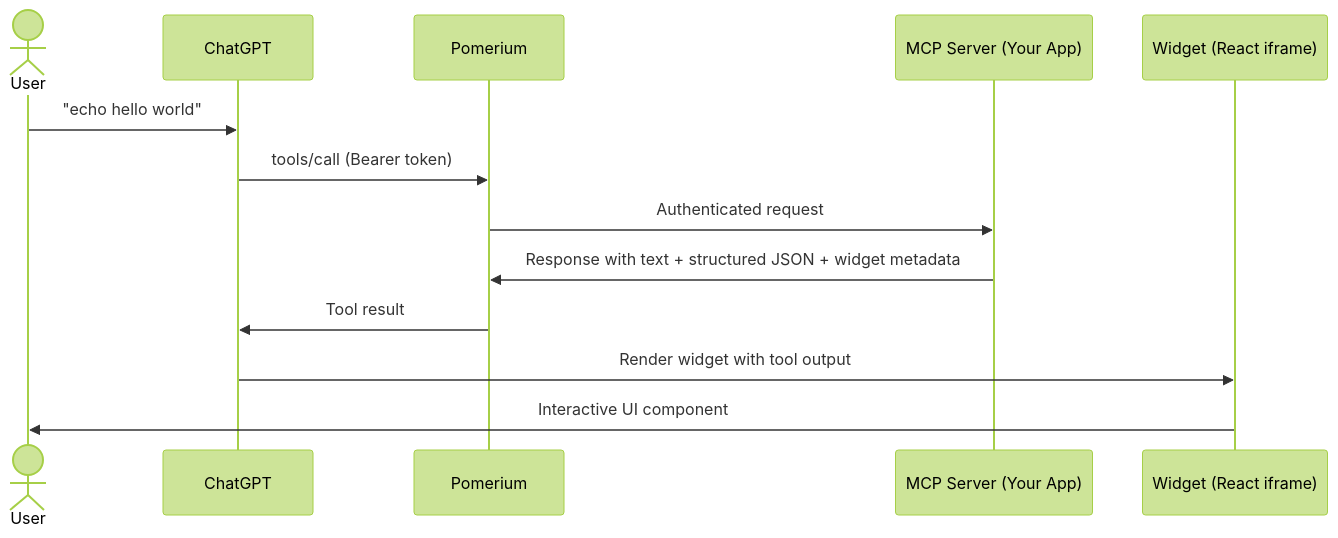
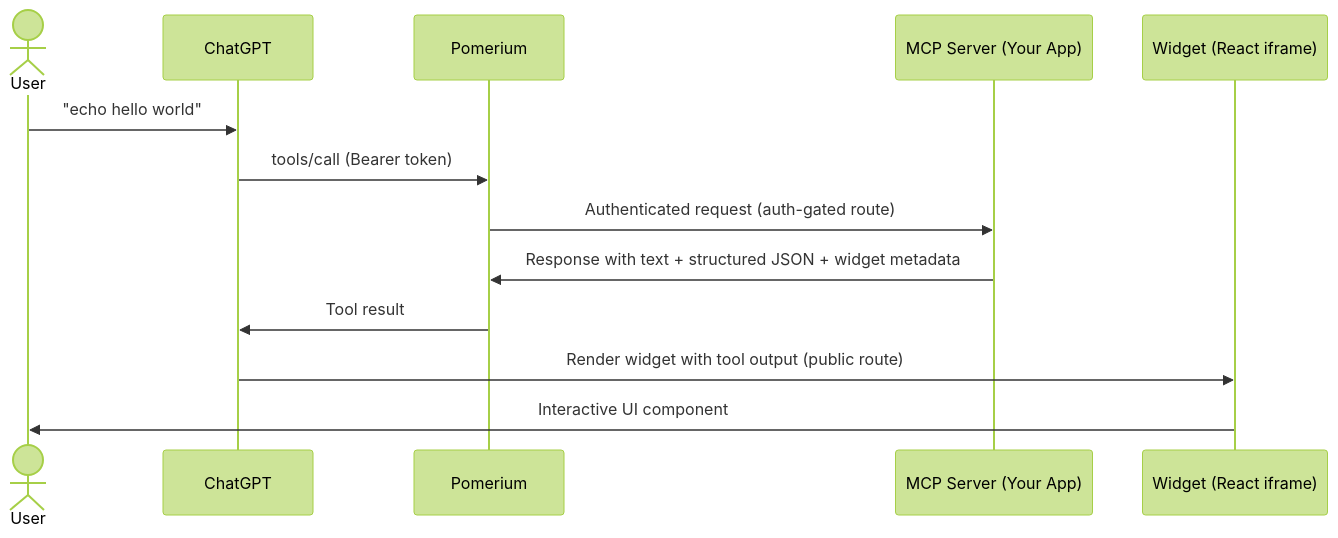
Before and after one commit to pomerium/documentation: the diagram in content/docs/capabilities/mcp/develop-mcp-app.mdx, drawn with Mermaid (forest theme). The commit also changed other lines of this file, not shown here.

Commit message:
docs: updated MCP apps docs with production build architecture

````diff
--- a/content/docs/capabilities/mcp/develop-mcp-app.mdx
+++ b/content/docs/capabilities/mcp/develop-mcp-app.mdx
@@ -25,15 +36,15 @@
 ```mermaid
 sequenceDiagram
   actor U as User
   participant C as ChatGPT
   participant P as Pomerium
   participant S as MCP Server (Your App)
   participant W as Widget (React iframe)
   U ->> C: "echo hello world"
   C ->> P: tools/call (Bearer token)
-  P ->> S: Authenticated request
+  P ->> S: Authenticated request (auth-gated route)
   S ->> P: Response with text + structured JSON + widget metadata
   P ->> C: Tool result
-  C ->> W: Render widget with tool output
+  C ->> W: Render widget with tool output (public route)
   W ->> U: Interactive UI component
 ```
````
